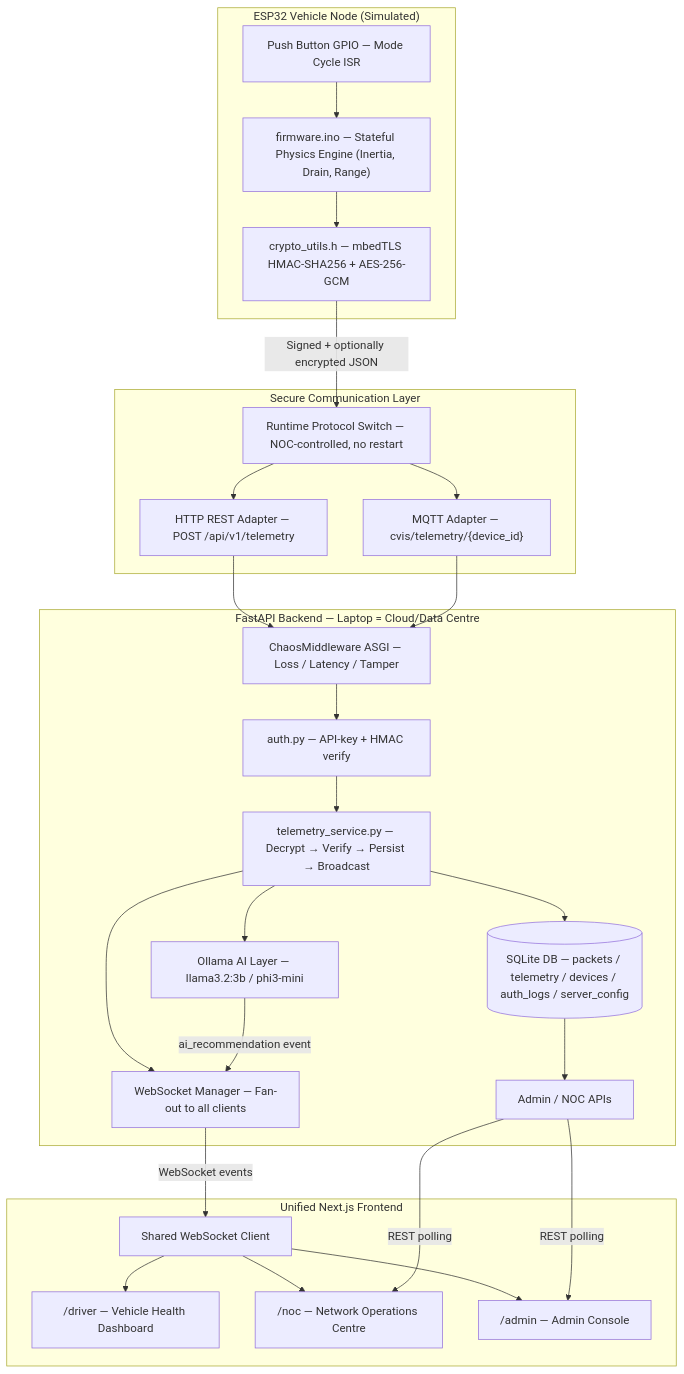
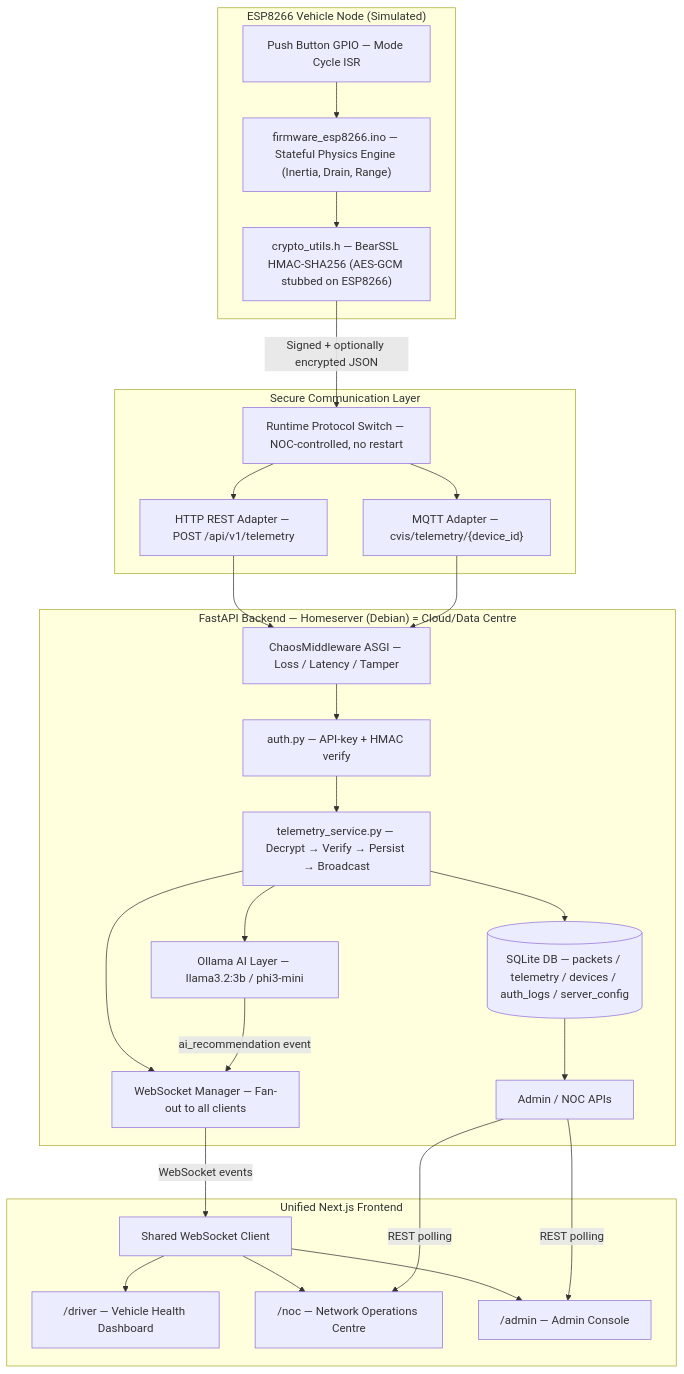
Before and after one commit to justinsaju21/CVIS: the first of 4 diagrams in docs/architecture-diagrams.md, drawn with Mermaid. The commit also changed 7 other files, not shown here.

Commit message:
docs: full documentation audit — fix ESP8266/port/URL/backfill/AES-GCM notes across all docs

````diff
--- a/docs/architecture-diagrams.md
+++ b/docs/architecture-diagrams.md
@@ -7,54 +7,54 @@
 ```mermaid
 graph TB
-    subgraph ESP32["ESP32 Vehicle Node (Simulated)"]
-        FW["firmware.ino — Stateful Physics Engine (Inertia, Drain, Range)"]
-        CRYPTO_FW["crypto_utils.h — mbedTLS HMAC-SHA256 + AES-256-GCM"]
+    subgraph ESP32["ESP8266 Vehicle Node (Simulated)"]
+        FW["firmware_esp8266.ino — Stateful Physics Engine (Inertia, Drain, Range)"]
+        CRYPTO_FW["crypto_utils.h — BearSSL HMAC-SHA256 (AES-GCM stubbed on ESP8266)"]
         BTN["Push Button GPIO — Mode Cycle ISR"]
         BTN --> FW
         FW --> CRYPTO_FW
     end
 
     subgraph COMMS["Secure Communication Layer"]
         HTTP["HTTP REST Adapter — POST /api/v1/telemetry"]
         MQTT["MQTT Adapter — cvis/telemetry/{device_id}"]
         SWITCH["Runtime Protocol Switch — NOC-controlled, no restart"]
         CRYPTO_FW -->|"Signed + optionally encrypted JSON"| SWITCH
         SWITCH --> HTTP
         SWITCH --> MQTT
     end
 
-    subgraph BACKEND["FastAPI Backend — Laptop = Cloud/Data Centre"]
+    subgraph BACKEND["FastAPI Backend — Homeserver (Debian) = Cloud/Data Centre"]
         CHAOS["ChaosMiddleware ASGI — Loss / Latency / Tamper"]
         AUTH["auth.py — API-key + HMAC verify"]
         INGEST["telemetry_service.py — Decrypt → Verify → Persist → Broadcast"]
         SQLITE[("SQLite DB — packets / telemetry / devices / auth_logs / server_config")]
         AI["Ollama AI Layer — llama3.2:3b / phi3-mini"]
         WS["WebSocket Manager — Fan-out to all clients"]
         ADMIN_API["Admin / NOC APIs"]
 
         HTTP --> CHAOS
         MQTT --> CHAOS
         CHAOS --> AUTH
         AUTH --> INGEST
         INGEST --> SQLITE
         INGEST --> AI
         INGEST --> WS
         SQLITE --> ADMIN_API
     end
 
     subgraph FRONTEND["Unified Next.js Frontend"]
         DRIVER["/driver — Vehicle Health Dashboard"]
         NOC["/noc — Network Operations Centre"]
         ADMIN["/admin — Admin Console"]
         WS_CLIENT["Shared WebSocket Client"]
 
         WS_CLIENT --> DRIVER
         WS_CLIENT --> NOC
         WS_CLIENT --> ADMIN
     end
 
     WS -->|"WebSocket events"| WS_CLIENT
     ADMIN_API -->|"REST polling"| NOC
     ADMIN_API -->|"REST polling"| ADMIN
     AI -->|"ai_recommendation event"| WS
 ```
````
